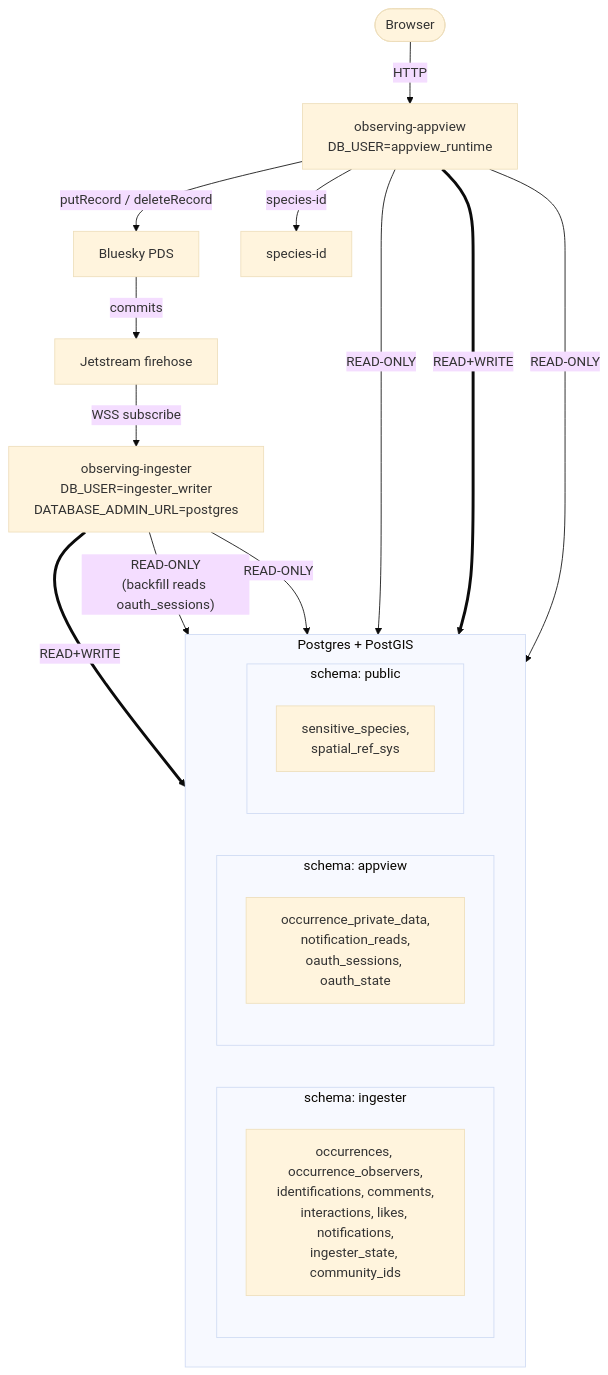
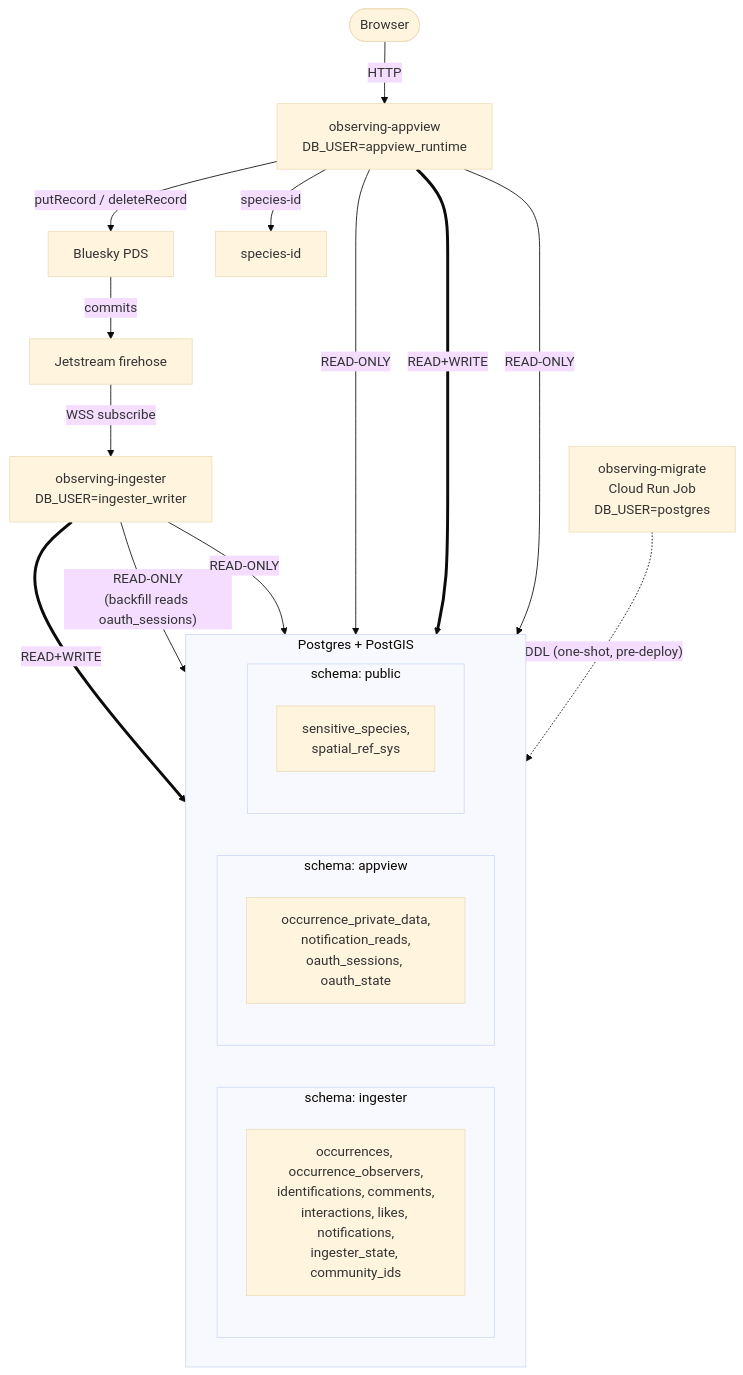
The diagram in docs/architecture.md (observ-ing/core), drawn with Mermaid (base theme) before and after one commit. The commit also changed other lines of this file and 8 other files, not shown here.

First line of the commit message:
feat(db): extract migrations into Cloud Run Job

````diff
--- a/docs/architecture.md
+++ b/docs/architecture.md
@@ -5,36 +5,39 @@
 ```mermaid
 flowchart TB
     User([Browser])
     PDS[Bluesky PDS]
     JS[Jetstream firehose]
     AV[observing-appview<br/>DB_USER=appview_runtime]
-    IG[observing-ingester<br/>DB_USER=ingester_writer<br/>DATABASE_ADMIN_URL=postgres]
+    IG[observing-ingester<br/>DB_USER=ingester_writer]
+    MIG[observing-migrate<br/>Cloud Run Job<br/>DB_USER=postgres]
     SID[species-id]
 
     subgraph DB["Postgres + PostGIS"]
       direction LR
       subgraph ING["schema: ingester"]
         ING_TBL["occurrences, occurrence_observers,<br/>identifications, comments,<br/>interactions, likes, notifications,<br/>ingester_state, community_ids"]
       end
       subgraph APPV["schema: appview"]
         APPV_TBL["occurrence_private_data,<br/>notification_reads,<br/>oauth_sessions, oauth_state"]
       end
       subgraph PUB["schema: public"]
         PUB_TBL["sensitive_species,<br/>spatial_ref_sys"]
       end
     end
 
     User -- HTTP --> AV
     AV -- "putRecord / deleteRecord" --> PDS
     PDS -- commits --> JS
     JS -- "WSS subscribe" --> IG
     AV -- species-id --> SID
 
     IG == "READ+WRITE" ==> ING
     IG -- "READ-ONLY<br/>(backfill reads oauth_sessions)" --> APPV
     IG -- "READ-ONLY" --> PUB
 
     AV -- "READ-ONLY" --> ING
     AV == "READ+WRITE" ==> APPV
     AV -- "READ-ONLY" --> PUB
+
+    MIG -. "DDL (one-shot, pre-deploy)" .-> DB
 ```
````
